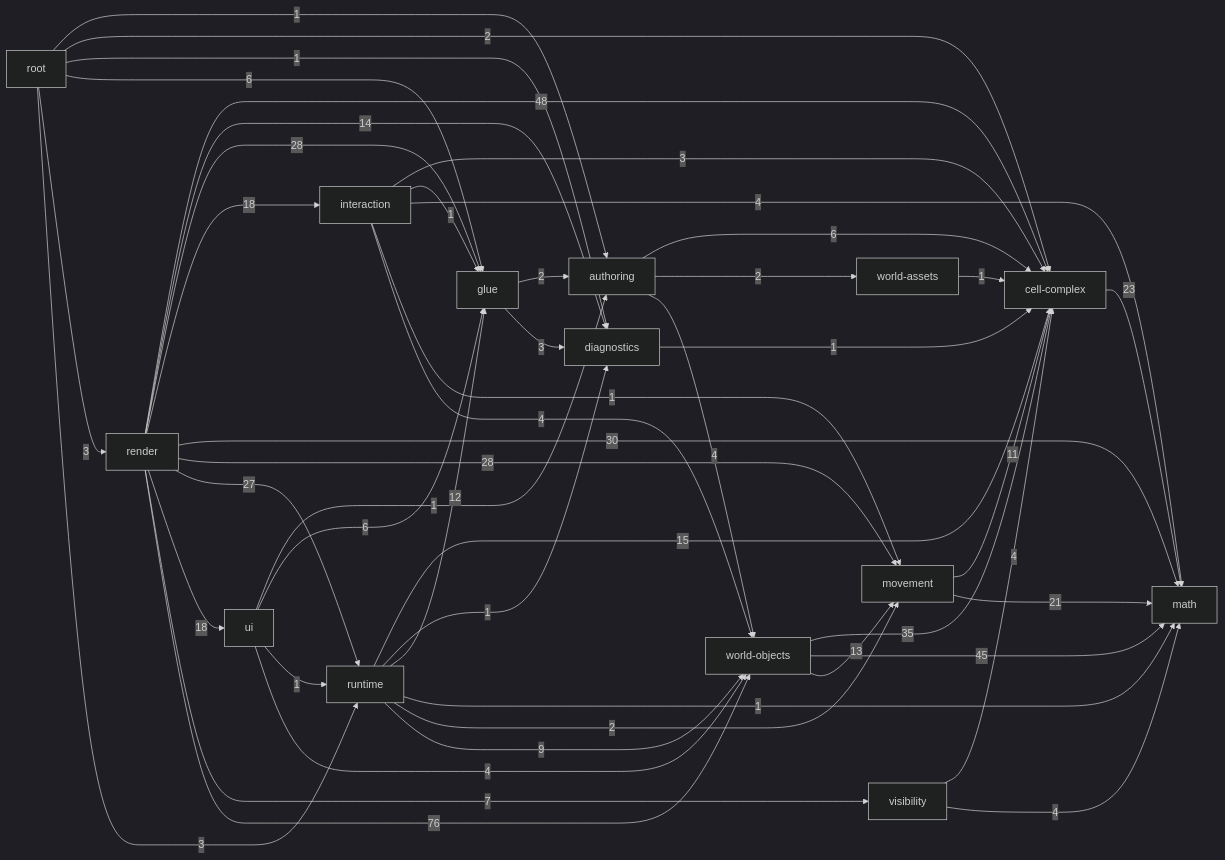
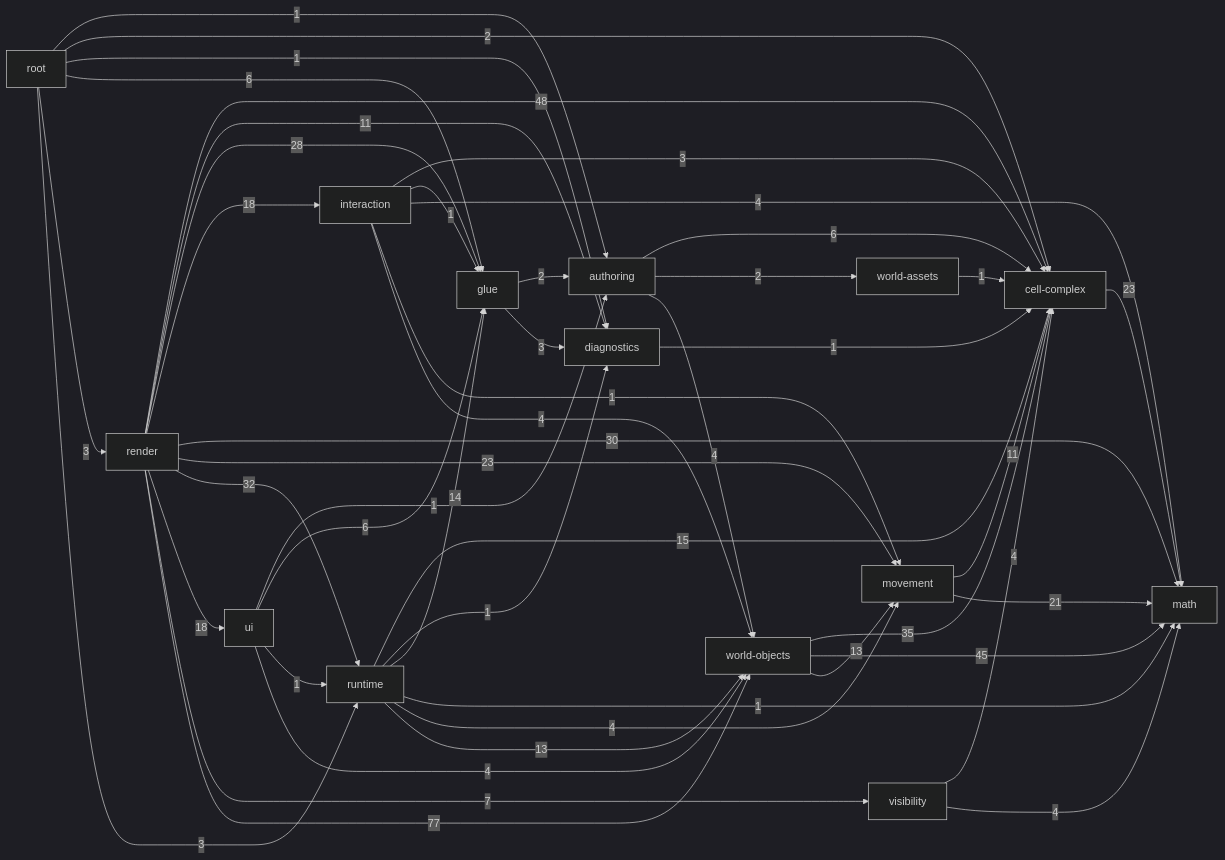
One commit to guraltsev/noneuclid-fpv changed the diagram in _docs/generated/ARCHITECTURE_REFERENCE.md. Above: the diagram before and after it, drawn with Mermaid (dark theme). The commit also changed other lines of this file and 23 other files, not shown here.

````diff
--- a/_docs/generated/ARCHITECTURE_REFERENCE.md
+++ b/_docs/generated/ARCHITECTURE_REFERENCE.md
@@ -35,63 +35,63 @@
 ```mermaid
 flowchart LR
   math["math"]
   cell_complex["cell-complex"]
   diagnostics["diagnostics"]
   visibility["visibility"]
   movement["movement"]
   world_assets["world-assets"]
   world_objects["world-objects"]
   authoring["authoring"]
   glue["glue"]
   interaction["interaction"]
   runtime["runtime"]
   ui["ui"]
   render["render"]
   root["root"]
   authoring -->|6| cell_complex
   authoring -->|2| world_assets
   authoring -->|4| world_objects
   cell_complex -->|23| math
   diagnostics -->|1| cell_complex
   glue -->|2| authoring
   glue -->|3| diagnostics
   interaction -->|3| cell_complex
   interaction -->|1| glue
   interaction -->|4| math
   interaction -->|1| movement
   interaction -->|4| world_objects
   movement -->|11| cell_complex
   movement -->|21| math
   render -->|48| cell_complex
-  render -->|14| diagnostics
+  render -->|11| diagnostics
   render -->|28| glue
   render -->|18| interaction
   render -->|30| math
-  render -->|28| movement
-  render -->|27| runtime
+  render -->|23| movement
+  render -->|32| runtime
   render -->|18| ui
   render -->|7| visibility
-  render -->|76| world_objects
+  render -->|77| world_objects
   root -->|1| authoring
   root -->|2| cell_complex
   root -->|1| diagnostics
   root -->|6| glue
   root -->|3| render
   root -->|3| runtime
   runtime -->|15| cell_complex
   runtime -->|1| diagnostics
-  runtime -->|12| glue
+  runtime -->|14| glue
   runtime -->|1| math
-  runtime -->|2| movement
-  runtime -->|9| world_objects
+  runtime -->|4| movement
+  runtime -->|13| world_objects
   ui -->|1| authoring
   ui -->|6| glue
   ui -->|1| runtime
   ui -->|4| world_objects
   visibility -->|4| cell_complex
   visibility -->|4| math
   world_assets -->|1| cell_complex
   world_objects -->|35| cell_complex
   world_objects -->|45| math
   world_objects -->|13| movement
 ```
````
